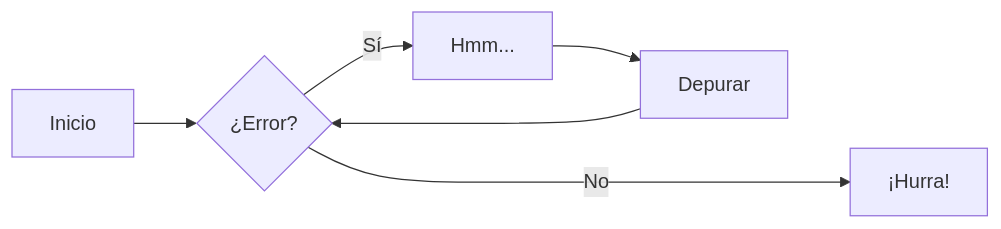
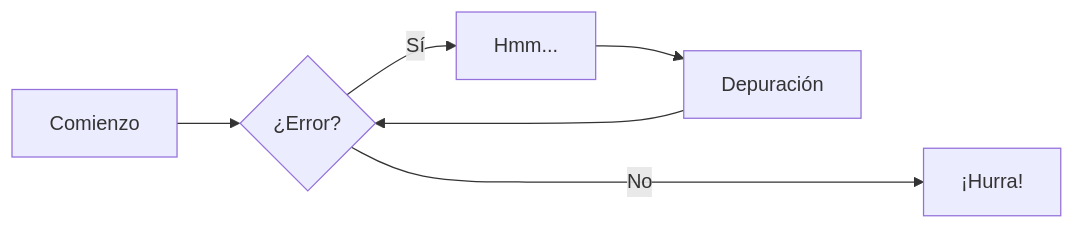
The third of 5 diagrams in docs/es/MkDocs测试实验室.md (linyuxuanlin/Wiki_MkDocs), drawn with Mermaid before and after one commit. The commit also changed other lines of this file and 31 other files, not shown here.

````diff
--- a/docs/es/MkDocs测试实验室.md
+++ b/docs/es/MkDocs测试实验室.md
@@ -24,8 +24,8 @@
 ```mermaid
 graph LR
-  A[Inicio] --> B{¿Error?};
+  A[Comienzo] --> B{¿Error?};
   B -->|Sí| C[Hmm...];
-  C --> D[Depurar];
+  C --> D[Depuración];
   D --> B;
   B ---->|No| E[¡Hurra!];
 ```
````
